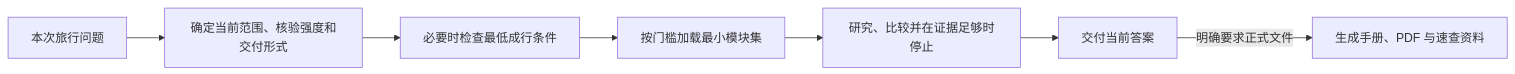
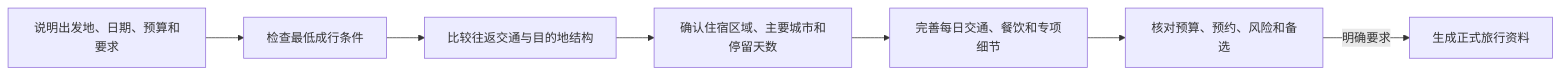
Before and after one commit to Lukala23/ai-travel-planning-kit: the diagram in README.md, drawn with Mermaid. The commit also changed other lines of this file, not shown here.

````diff
--- a/README.md
+++ b/README.md
@@ -34,9 +167,9 @@
 ```mermaid
 flowchart LR
-    A["本次旅行问题"] --> B["确定当前范围、核验强度和交付形式"]
-    B --> C["必要时检查最低成行条件"]
-    C --> D["按门槛加载最小模块集"]
-    D --> E["研究、比较并在证据足够时停止"]
-    E --> F["交付当前答案"]
-    F -->|"明确要求正式文件"| G["生成手册、PDF 与速查资料"]
+    A["说明出发地、日期、预算和要求"] --> B["检查最低成行条件"]
+    B --> C["比较往返交通与目的地结构"]
+    C --> D["确认住宿区域、主要城市和停留天数"]
+    D --> E["完善每日交通、餐饮和专项细节"]
+    E --> F["核对预算、预约、风险和备选"]
+    F -->|"明确要求"| G["生成正式旅行资料"]
 ```
````
